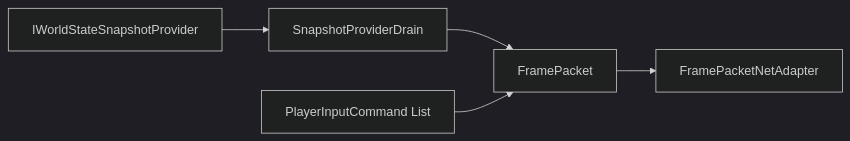
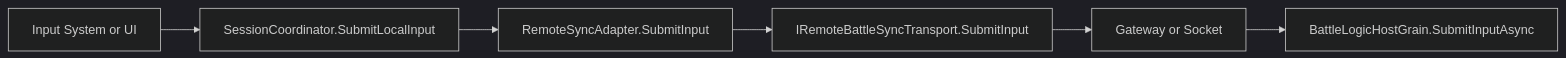
Before and after one commit to Kurumioi/AbilityKit: the fifth of 14 diagrams in Docs/design/07-NetworkSynchronization/05-SessionCoordination.md, drawn with Mermaid (dark theme). The commit also changed other lines of this file and 389 other files, not shown here.

````diff
--- a/Docs/design/07-NetworkSynchronization/05-SessionCoordination.md
+++ b/Docs/design/07-NetworkSynchronization/05-SessionCoordination.md
@@ -66,7 +275,8 @@
 ```mermaid
 flowchart LR
-    Provider[IWorldStateSnapshotProvider] --> Drain[SnapshotProviderDrain]
-    Drain --> Packet[FramePacket]
-    Inputs[PlayerInputCommand List] --> Packet
-    Packet --> NetAdapter[FramePacketNetAdapter]
+    UI[Input System or UI] --> Coord[SessionCoordinator.SubmitLocalInput]
+    Coord --> Adapter[RemoteSyncAdapter.SubmitInput]
+    Adapter --> Transport[IRemoteBattleSyncTransport.SubmitInput]
+    Transport --> Gateway[Gateway or Socket]
+    Gateway --> Battle[BattleLogicHostGrain.SubmitInputAsync]
 ```
````
